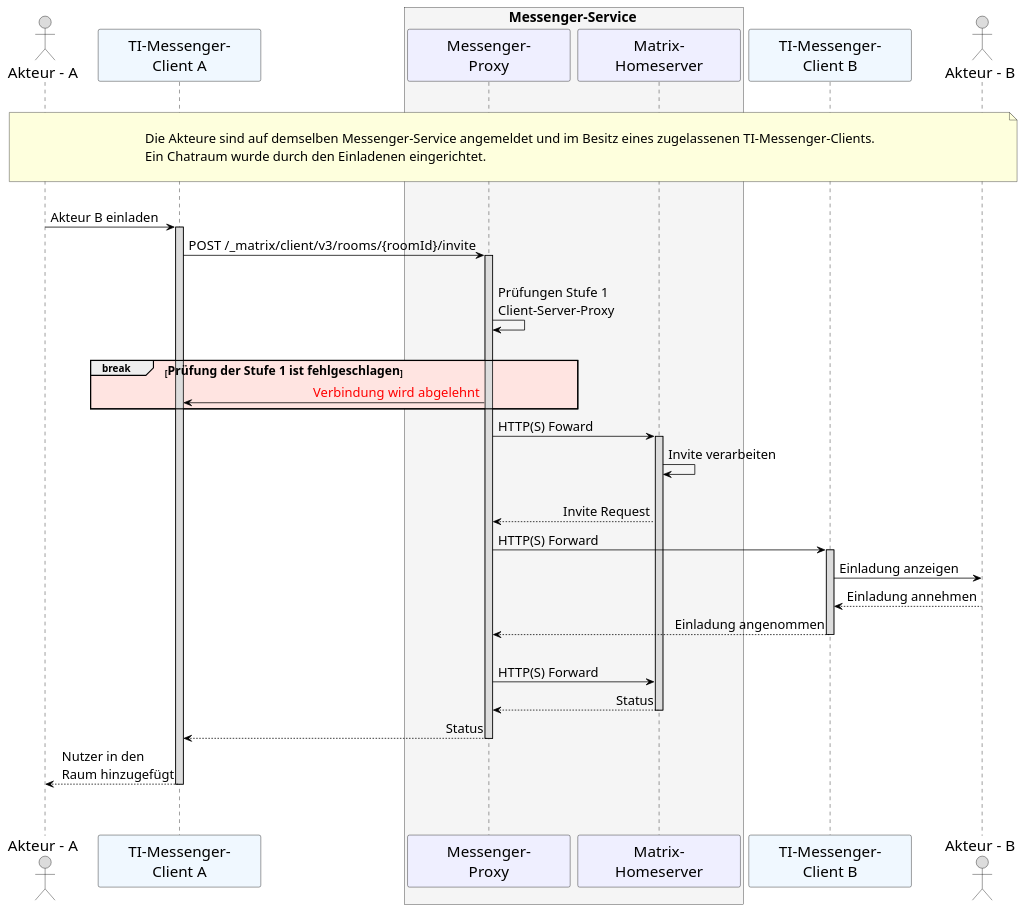
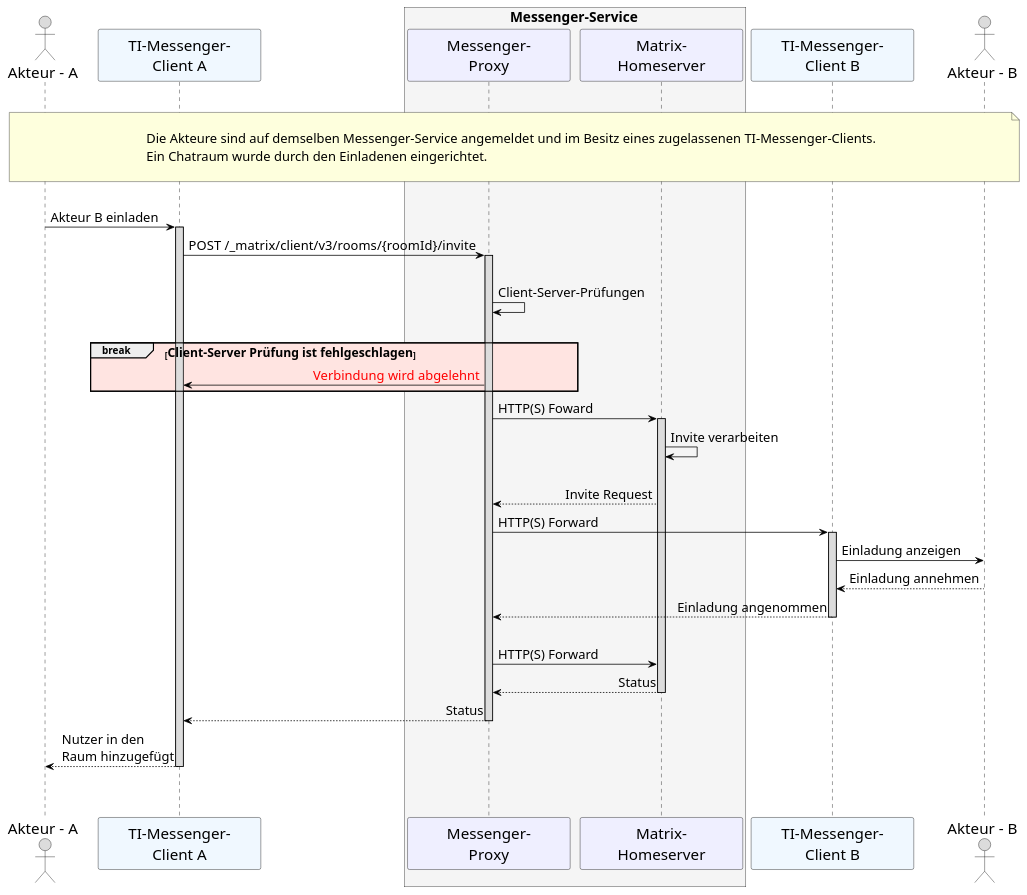
The diagram in src/plantuml/TI-M_ePA/UC_10104_Seq_fdv.puml (gematik/api-ti-messenger), drawn with PlantUML before and after one commit. The commit also changed 6 other files, not shown here.

```diff
--- a/src/plantuml/TI-M_ePA/UC_10104_Seq_fdv.puml
+++ b/src/plantuml/TI-M_ePA/UC_10104_Seq_fdv.puml
@@ -9,72 +9,72 @@
 @startuml
 skinparam sequenceMessageAlign direction
 skinparam minClassWidth 200
 skinparam BoxPadding 1
 skinparam sequenceReferenceHeaderBackgroundColor palegreen
 scale max 2048 width
 
 skinparam sequence {
 ArrowColor black
 ArrowFontSize 17
 ActorBorderColor black
 LifeLineBorderColor black
 LifeLineBackgroundColor Gainsboro
 
 ParticipantBorderColor Motivation
 ParticipantBackgroundColor Motivation
 ParticipantFontName Impact
 ParticipantFontSize 20
 ParticipantFontColor black
 ParticipantBorderColor Black
 ParticipantBackgroundColor MOTIVATION
 
 ActorBackgroundColor Gainsboro
 ActorFontColor black
 ActorFontSize 20
 ActorFontName Aapex
 }
     actor U1 as "Akteur - A"
     participant C1 as "TI-Messenger-\nClient A" #AliceBlue
     box <size:18>Messenger-Service</size> #WhiteSmoke
       participant MP as "Messenger-\nProxy"
       participant MH as "Matrix-\nHomeserver"
     end box
     participant C2 as "TI-Messenger-\nClient B" #AliceBlue
     actor U2 as "Akteur - B"
     
 |||
 note over U1, U2: \n<size:17>Die Akteure sind auf demselben Messenger-Service angemeldet und im Besitz eines zugelassenen TI-Messenger-Clients.\n<size:17>Ein Chatraum wurde durch den Einladenen eingerichtet.</size>\n
 |||
     U1->C1: Akteur B einladen
     activate C1
     C1->MP: POST  /_matrix/client/v3/rooms/{roomId}/invite
     activate MP
     |||
-      MP->MP: Prüfungen Stufe 1\nClient-Server-Proxy
+      MP->MP: Client-Server-Prüfungen
     |||
-    break #MistyRose <size:16>Prüfung der Stufe 1 ist fehlgeschlagen</size> 
+    break #MistyRose <size:16>Client-Server Prüfung ist fehlgeschlagen</size> 
     MP->C1: <font color=red>Verbindung wird abgelehnt</font>
     end
     
       MP->MH: HTTP(S) Foward
         activate MH
       MH->MH: Invite verarbeiten
       |||
           MH-->MP: Invite Request
           MP->C2: HTTP(S) Forward
             activate C2 
           C2->U2: Einladung anzeigen
           U2-->C2: Einladung annehmen
           C2-->MP: Einladung angenommen
           deactivate C2
           |||
           MP->MH: HTTP(S) Forward
           MH-->MP: Status
             deactivate MH
           MP-->C1: Status
           deactivate MP
           C1-->U1: Nutzer in den \nRaum hinzugefügt
           deactivate C1
         |||
  |||
 @enduml
```
